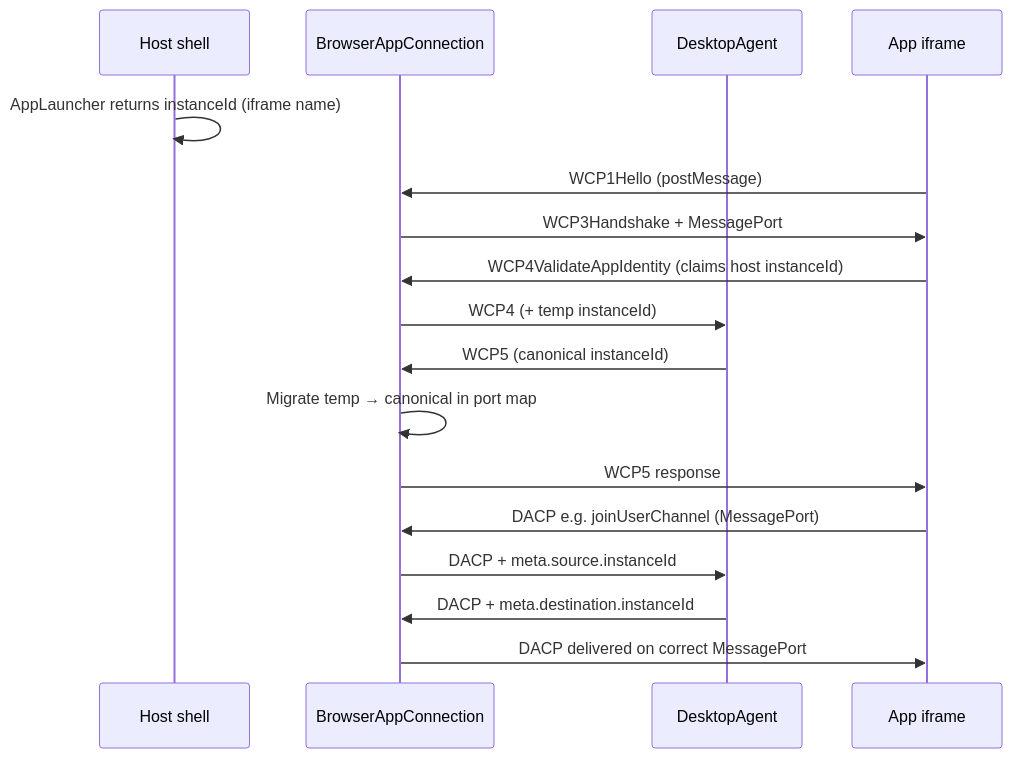
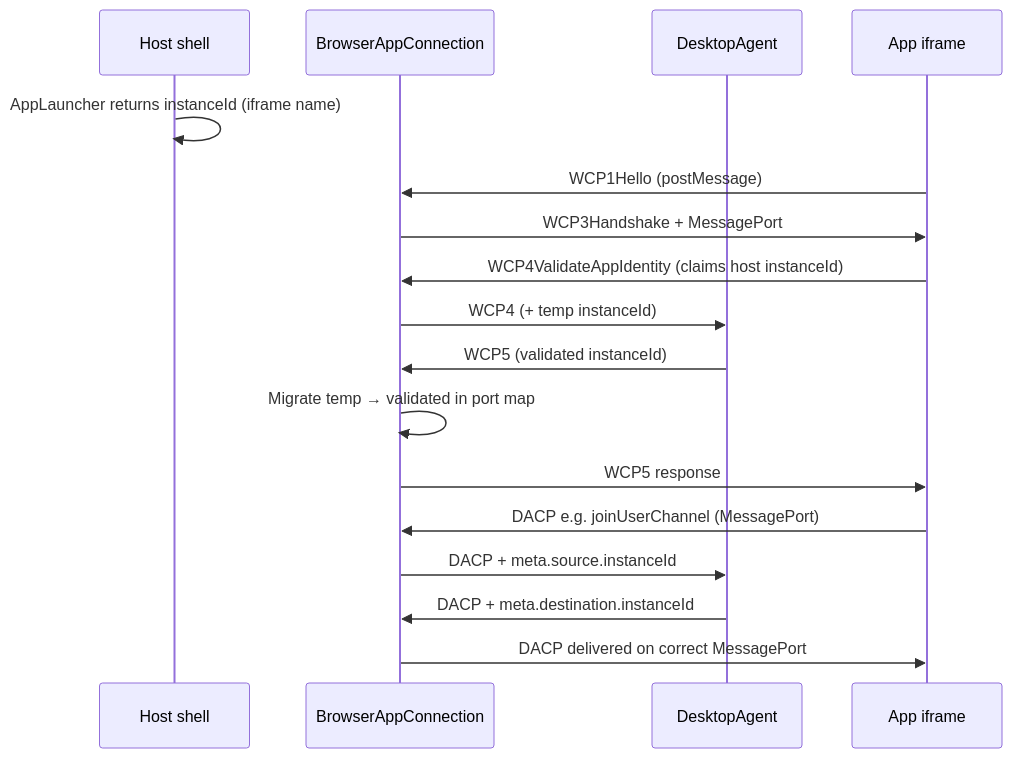
The first of 2 diagrams in website/docs/packages/desktop-agent/integrator-guide.md (SeeWhatsOn/FDC3-Sail), drawn with Mermaid before and after one commit. The commit also changed other lines of this file and 33 other files, not shown here.

First line of the commit message:
refactor: rename WCP canonical instanceId to validated

````diff
--- a/website/docs/packages/desktop-agent/integrator-guide.md
+++ b/website/docs/packages/desktop-agent/integrator-guide.md
@@ -566,20 +566,20 @@
 ```mermaid
 sequenceDiagram
   participant Host as Host shell
   participant Edge as BrowserAppConnection
   participant DA as DesktopAgent
   participant App as App iframe
 
   Host->>Host: AppLauncher returns instanceId (iframe name)
   App->>Edge: WCP1Hello (postMessage)
   Edge->>App: WCP3Handshake + MessagePort
   App->>Edge: WCP4ValidateAppIdentity (claims host instanceId)
   Edge->>DA: WCP4 (+ temp instanceId)
-  DA->>Edge: WCP5 (canonical instanceId)
-  Edge->>Edge: Migrate temp → canonical in port map
+  DA->>Edge: WCP5 (validated instanceId)
+  Edge->>Edge: Migrate temp → validated in port map
   Edge->>App: WCP5 response
   App->>Edge: DACP e.g. joinUserChannel (MessagePort)
   Edge->>DA: DACP + meta.source.instanceId
   DA->>Edge: DACP + meta.destination.instanceId
   Edge->>App: DACP delivered on correct MessagePort
 ```
````
